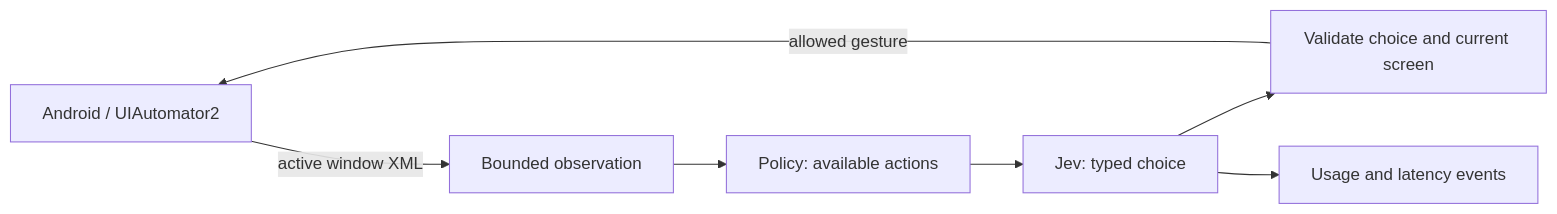
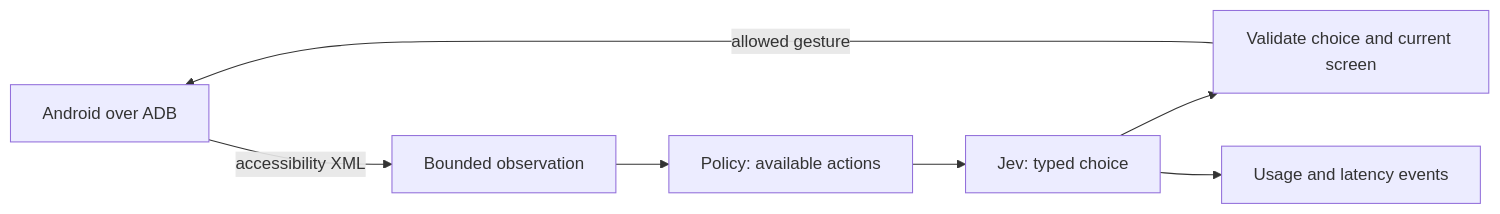
The diagram in README.md (antiyro/jevdroid), drawn with Mermaid before and after one commit. The commit also changed other lines of this file and 14 other files, not shown here.

Commit message:
feat: expose Jev-to-Android SDK and standard ADB backend

````diff
--- a/README.md
+++ b/README.md
@@ -134,9 +169,9 @@
 ```mermaid
 flowchart LR
-    A[Android / UIAutomator2] -->|active window XML| B[Bounded observation]
+    A[Android over ADB] -->|accessibility XML| B[Bounded observation]
     B --> C[Policy: available actions]
     C --> D[Jev: typed choice]
     D --> E[Validate choice and current screen]
     E -->|allowed gesture| A
     D --> F[Usage and latency events]
 ```
````
